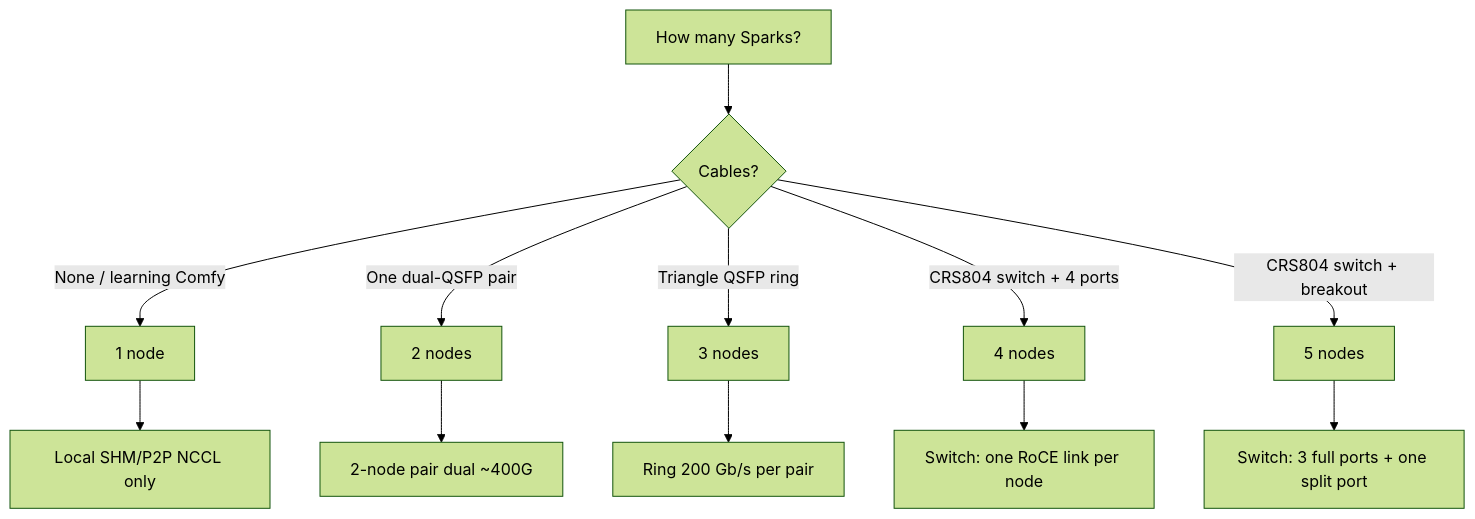
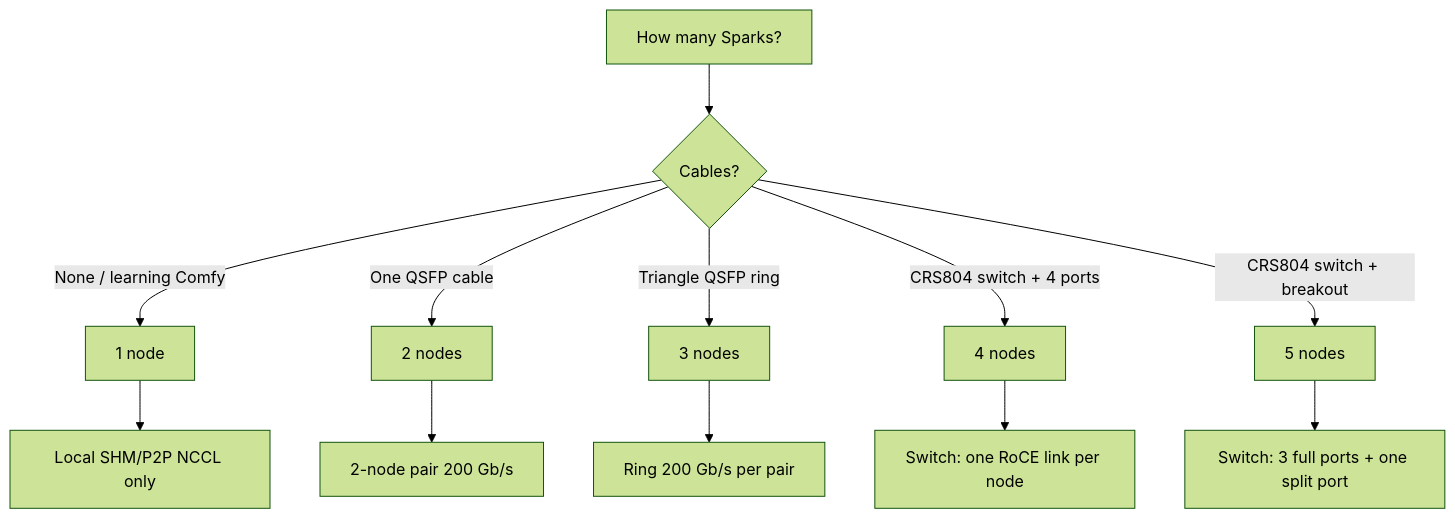
Before and after one commit to toxicoder/nvidia-dgx-spark-lab: the diagram in docs/start/choose-topology.mdx, drawn with Mermaid (forest theme). The commit also changed other lines of this file and 41 other files, not shown here.

````diff
--- a/docs/start/choose-topology.mdx
+++ b/docs/start/choose-topology.mdx
@@ -23,14 +23,14 @@
 ```mermaid
 flowchart TD
   A[How many Sparks?] --> B{Cables?}
   B -->|None / learning Comfy| C[1 node]
-  B -->|One dual-QSFP pair| D[2 nodes]
+  B -->|One QSFP cable| D[2 nodes]
   B -->|Triangle QSFP ring| E[3 nodes]
   B -->|CRS804 switch + 4 ports| F[4 nodes]
   B -->|CRS804 switch + breakout| G[5 nodes]
   C --> H[Local SHM/P2P NCCL only]
-  D --> I[2-node pair dual ~400G]
+  D --> I[2-node pair 200 Gb/s]
   E --> J[Ring 200 Gb/s per pair]
   F --> K[Switch: one RoCE link per node]
   G --> L[Switch: 3 full ports + one split port]
 ```
````
